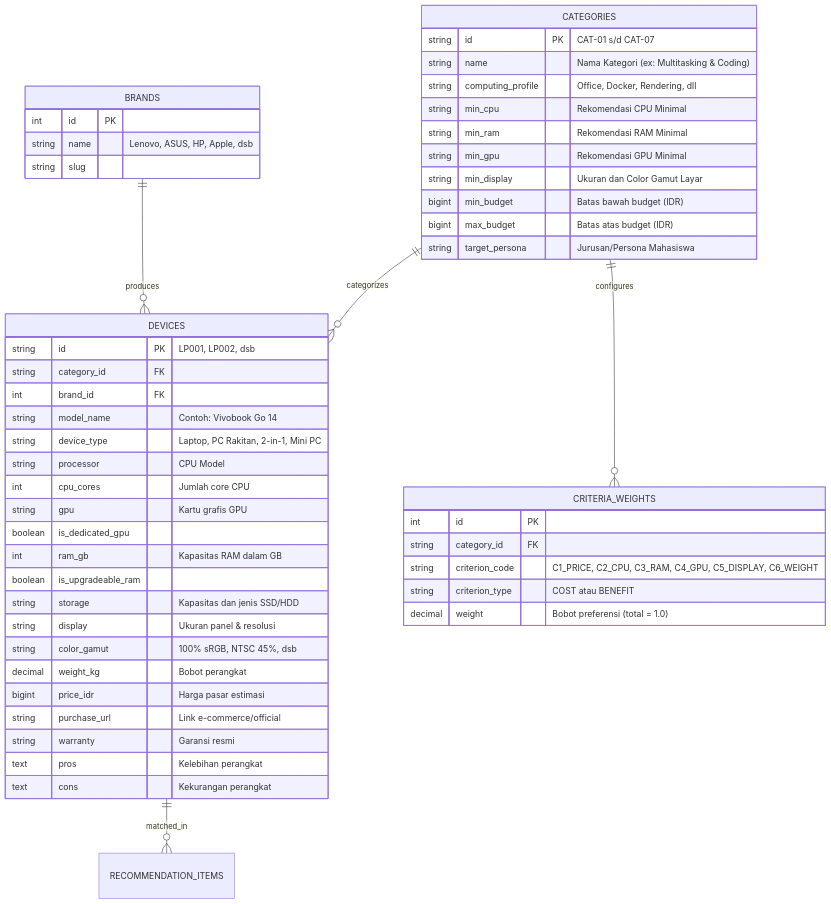
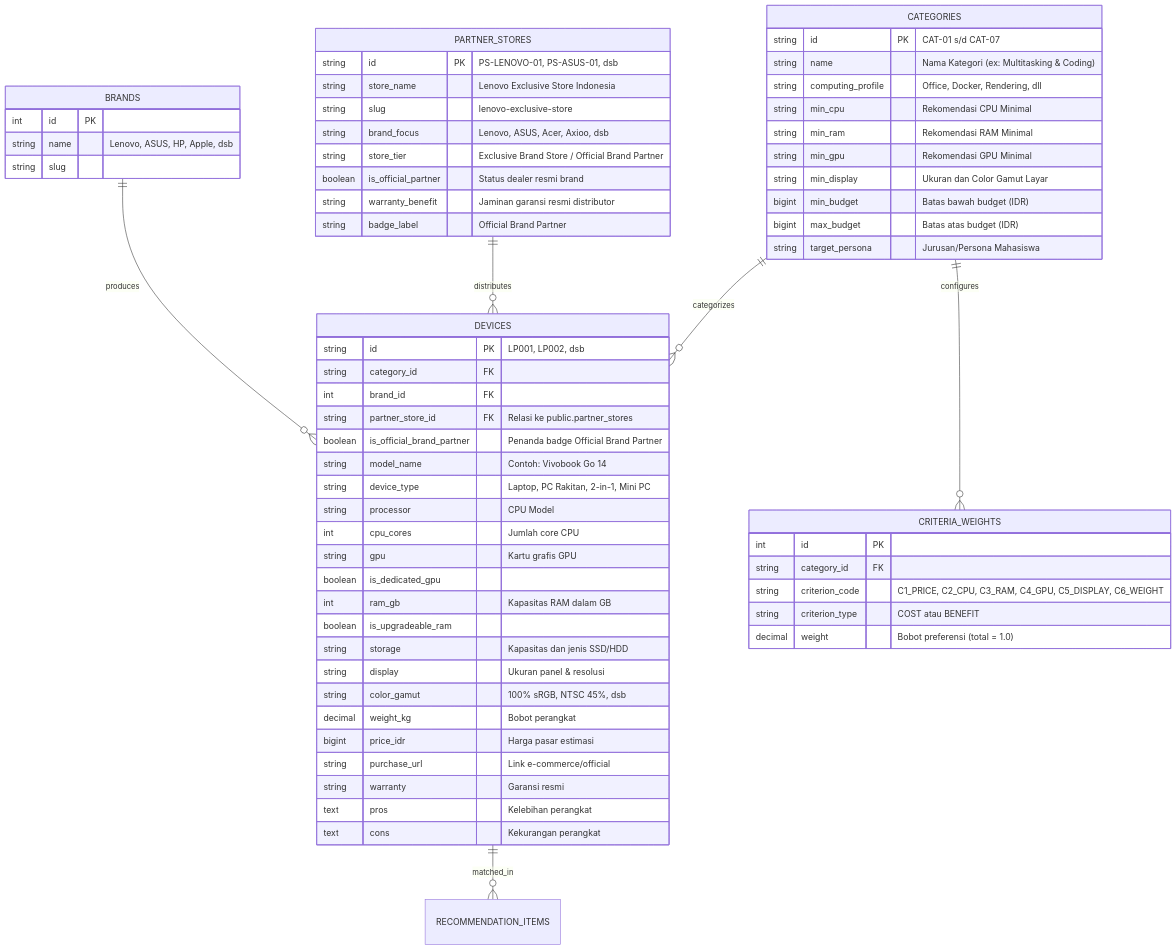
The second of 2 diagrams in docs/ARCHITECTURE.md (Nourivex/Speco), drawn with Mermaid before and after one commit. The commit also changed 1 other file, not shown here.

Commit message:
chore(ci,docs): add Supabase keep-alive workflow and partner_stores ERD

````diff
--- a/docs/ARCHITECTURE.md
+++ b/docs/ARCHITECTURE.md
@@ -79,57 +79,71 @@
 ```mermaid
 erDiagram
     BRANDS ||--o{ DEVICES : produces
+    PARTNER_STORES ||--o{ DEVICES : distributes
     CATEGORIES ||--o{ DEVICES : categorizes
     CATEGORIES ||--o{ CRITERIA_WEIGHTS : configures
     DEVICES ||--o{ RECOMMENDATION_ITEMS : matched_in
+
+    PARTNER_STORES {
+        string id PK "PS-LENOVO-01, PS-ASUS-01, dsb"
+        string store_name "Lenovo Exclusive Store Indonesia"
+        string slug "lenovo-exclusive-store"
+        string brand_focus "Lenovo, ASUS, Acer, Axioo, dsb"
+        string store_tier "Exclusive Brand Store / Official Brand Partner"
+        boolean is_official_partner "Status dealer resmi brand"
+        string warranty_benefit "Jaminan garansi resmi distributor"
+        string badge_label "Official Brand Partner"
+    }
 
     CATEGORIES {
         string id PK "CAT-01 s/d CAT-07"
         string name "Nama Kategori (ex: Multitasking & Coding)"
         string computing_profile "Office, Docker, Rendering, dll"
         string min_cpu "Rekomendasi CPU Minimal"
         string min_ram "Rekomendasi RAM Minimal"
         string min_gpu "Rekomendasi GPU Minimal"
         string min_display "Ukuran dan Color Gamut Layar"
         bigint min_budget "Batas bawah budget (IDR)"
         bigint max_budget "Batas atas budget (IDR)"
         string target_persona "Jurusan/Persona Mahasiswa"
     }
 
     BRANDS {
         int id PK
         string name "Lenovo, ASUS, HP, Apple, dsb"
         string slug
     }
 
     DEVICES {
         string id PK "LP001, LP002, dsb"
         string category_id FK
         int brand_id FK
+        string partner_store_id FK "Relasi ke public.partner_stores"
+        boolean is_official_brand_partner "Penanda badge Official Brand Partner"
         string model_name "Contoh: Vivobook Go 14"
         string device_type "Laptop, PC Rakitan, 2-in-1, Mini PC"
         string processor "CPU Model"
         int cpu_cores "Jumlah core CPU"
         string gpu "Kartu grafis GPU"
         boolean is_dedicated_gpu
         int ram_gb "Kapasitas RAM dalam GB"
         boolean is_upgradeable_ram
         string storage "Kapasitas dan jenis SSD/HDD"
         string display "Ukuran panel & resolusi"
         string color_gamut "100% sRGB, NTSC 45%, dsb"
         decimal weight_kg "Bobot perangkat"
         bigint price_idr "Harga pasar estimasi"
         string purchase_url "Link e-commerce/official"
         string warranty "Garansi resmi"
         text pros "Kelebihan perangkat"
         text cons "Kekurangan perangkat"
     }
 
     CRITERIA_WEIGHTS {
         int id PK
         string category_id FK
         string criterion_code "C1_PRICE, C2_CPU, C3_RAM, C4_GPU, C5_DISPLAY, C6_WEIGHT"
         string criterion_type "COST atau BENEFIT"
         decimal weight "Bobot preferensi (total = 1.0)"
     }
 ```
````
